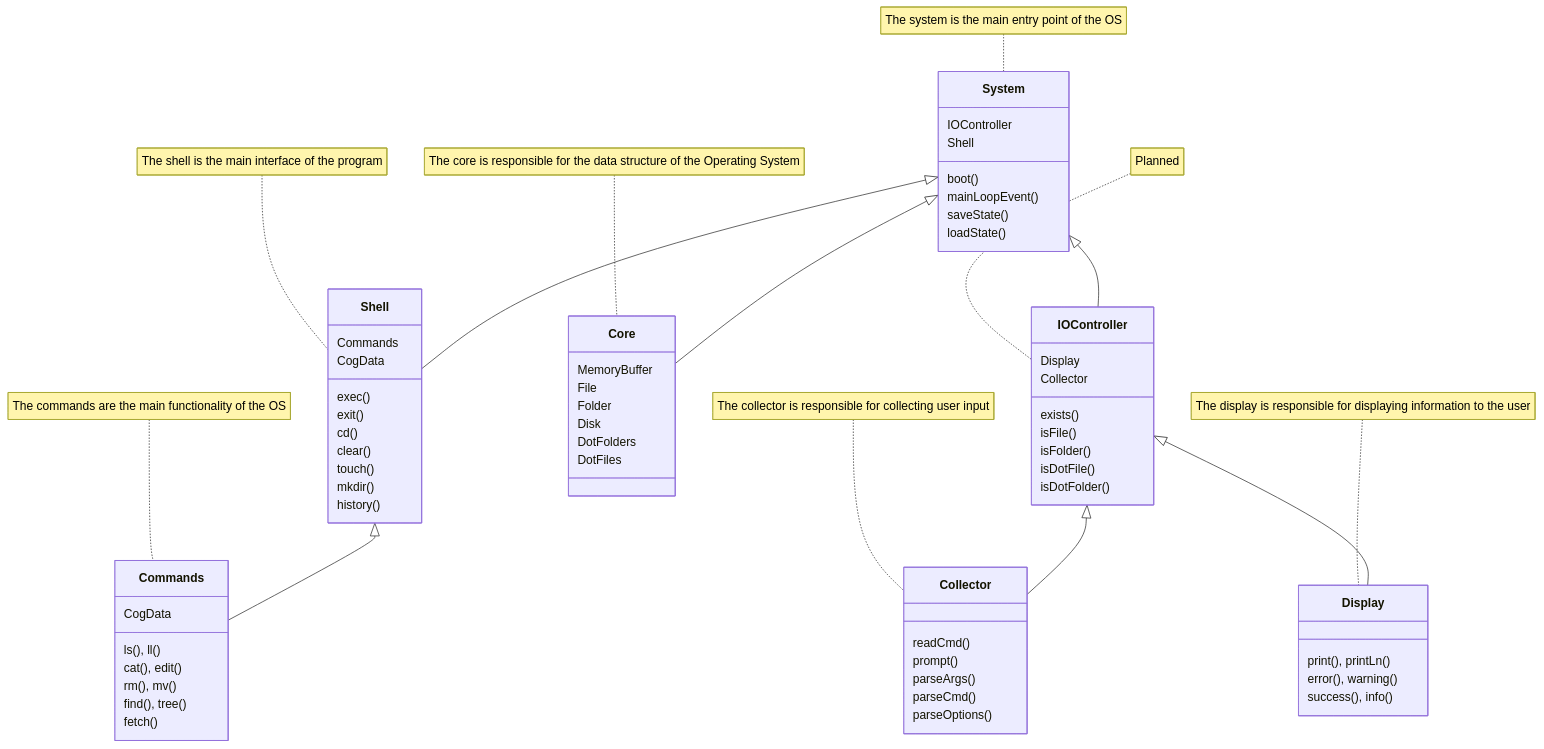
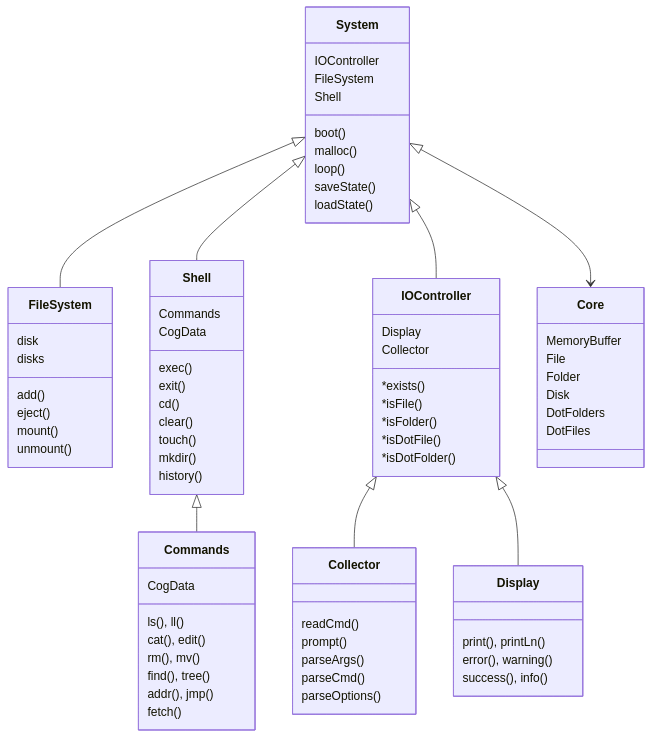
Before and after one commit to OrbitalJin/73r-: the diagram in README.md, drawn with Mermaid. The commit also changed other lines of this file and 25 other files, not shown here.

Commit message:
Migrated from disk to fs architecture

```diff
--- a/README.md
+++ b/README.md
@@ -8,13 +8,23 @@
 classDiagram
     class System {
         IOController
+        FileSystem
         Shell
         boot()
-        mainLoopEvent()
+        malloc()
+        loop()
         saveState()
         loadState()
     }
-    note for System "The system is the main entry point of the OS"
+
+    class FileSystem {
+        disk
+        disks
+        add()
+        eject()
+        mount()
+        unmount()
+    }
 
     class Shell {
         Commands
@@ -27,7 +37,6 @@
         mkdir()
         history()
     }
-    note for Shell "The shell is the main interface of the program"
 
     class Commands {
         CogData
@@ -35,20 +44,19 @@
         cat(), edit()
         rm(), mv()
         find(), tree()
+        addr(), jmp()
         fetch()
     }
-    note for Commands "The commands are the main functionality of the OS"
 
     class IOController {
         Display
         Collector
-        exists()
-        isFile()
-        isFolder()
-        isDotFile()
-        isDotFolder()
+        *exists()
+        *isFile()
+        *isFolder()
+        *isDotFile()
+        *isDotFolder()
     }
-    note for IOController "Planned"
 
     class Collector {
         readCmd()
@@ -57,14 +65,12 @@
         parseCmd()
         parseOptions()
     }
-    note for Collector "The collector is responsible for collecting user input"
 
     class Display {
         print(), printLn()
         error(), warning()
         success(), info()
     }
-    note for Display "The display is responsible for displaying information to the user"
 
     class Core {
         MemoryBuffer
@@ -74,11 +80,11 @@
         DotFolders
         DotFiles
     }
-    note for Core "The core is responsible for the data structure of the Operating System"
 
     System <|-- Shell
     System <|-- IOController
-    System <|-- Core
+    System <|-- FileSystem
+    System <|--> Core
     Shell <|-- Commands
     IOController <|-- Collector
     IOController <|-- Display
```
